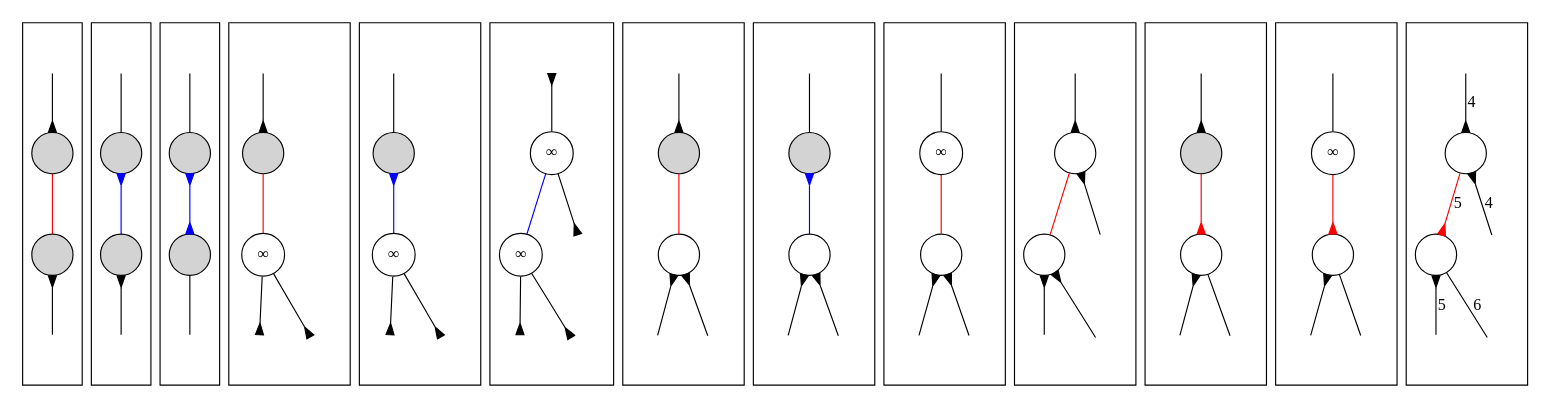
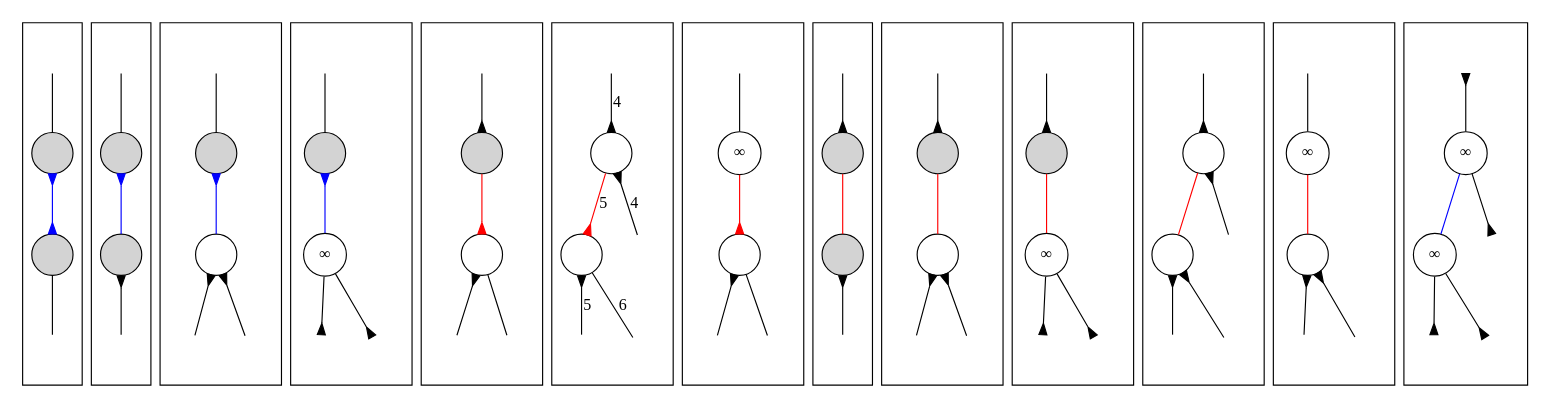
One commit to sgolodetz/thesis changed the diagram in segmentation/graphs/mywaterfall/pass2-simplermergecases.gv. Above: the diagram before and after it, drawn with Graphviz. The commit also changed 2 other files, not shown here.

Commit message:
Added the case analysis diagram for the edge elision step of my waterfall algorithm.

```diff
--- a/segmentation/graphs/mywaterfall/pass2-simplermergecases.gv
+++ b/segmentation/graphs/mywaterfall/pass2-simplermergecases.gv
@@ -1,177 +1,177 @@
 digraph
 {
 	compound = true;
 	node [shape=circle, style=filled, label=""];
 	edge [dir=both, arrowtail=none, arrowhead=none];
 
-	subgraph cluster0 /* {Out, Out} */
+	subgraph cluster2 /* {In, In} */
 	{
-		n0g -> n0p [arrowhead=inv];
-		n0p -> n0n [color=red];
-		n0n -> n0c [arrowtail=inv];
+		n2g -> n2p;
+		n2p -> n2n [color=blue, arrowtail=inv, arrowhead=inv];
+		n2n -> n2c;
 
-		n0g [style=invisible];
-		n0c [style=invisible];
+		n2g [style=invisible];
+		n2c [style=invisible];
 	}
 
 	subgraph cluster1 /* {In, Out} */
 	{
 		n1g -> n1p;
 		n1p -> n1n [color=blue, arrowtail=inv];
 		n1n -> n1c [arrowtail=inv];
 
 		n1g [style=invisible];
 		n1c [style=invisible];
 	}
 
-	subgraph cluster2 /* {In, In} */
+	subgraph cluster7 /* {In, Ambiguous Out} */
 	{
-		n2g -> n2p;
-		n2p -> n2n [color=blue, arrowtail=inv, arrowhead=inv];
-		n2n -> n2c;
+		n7g -> n7p;
+		n7p -> n7n [color=blue, arrowtail=inv];
+		n7n -> n7c0 [arrowtail=inv];
+		n7n -> n7c1 [arrowtail=inv];
 
-		n2g [style=invisible];
-		n2c [style=invisible];
-	}
-
-	subgraph cluster3 /* {Out, No Flow} */
-	{
-		n3g -> n3p [arrowhead=inv];
-		n3p -> n3n [color=red];
-		n3n -> n3c0 [arrowhead=inv];
-		n3n -> n3c1 [arrowhead=inv];
-
-		n3g [style=invisible];
-		n3n [style=solid, label="&infin;"];
-		n3c0 [style=invisible];
-		n3c1 [style=invisible];
+		n7g [style=invisible];
+		n7n [style=solid];
+		n7c0 [style=invisible];
+		n7c1 [style=invisible];
 	}
 
 	subgraph cluster4 /* {In, No Flow} */
 	{
 		n4g -> n4p;
 		n4p -> n4n [color=blue, arrowtail=inv];
 		n4n -> n4c0 [arrowhead=inv];
 		n4n -> n4c1 [arrowhead=inv];
 
 		n4g [style=invisible];
 		n4n [style=solid, label="&infin;"];
 		n4c0 [style=invisible];
 		n4c1 [style=invisible];
 	}
 
-	subgraph cluster5 /* {No Flow, No Flow} */
+	subgraph cluster10 /* {Ambiguous In, Out} */
 	{
-		n5g -> n5p [arrowtail=inv];
-		n5p -> n5n [color=blue];
-		n5p -> n5s [arrowhead=inv];
-		n5n -> n5c0 [arrowhead=inv];
-		n5n -> n5c1 [arrowhead=inv];
+		n10g -> n10p [arrowhead=inv];
+		n10p -> n10n [color=red, arrowhead=inv];
+		n10n -> n10c0 [arrowtail=inv];
+		n10n -> n10c1;
 
-		n5g [style=invisible];
-		n5p [style=solid, label="&infin;"];
-		n5n [style=solid, label="&infin;"];
-		n5s [style=invisible];
-		n5c0 [style=invisible];
-		n5c1 [style=invisible];
+		n10g [style=invisible];
+		n10n [style=solid];
+		n10c0 [style=invisible];
+		n10c1 [style=invisible];
+	}
+
+	subgraph cluster12 /* {Ambiguous In, Ambiguous Out} */
+	{
+		n12g -> n12p [label=4, arrowhead=inv];
+		n12p -> n12n [label=5, color=red, arrowhead=inv];
+		n12p -> n12s [label=4, arrowtail=inv];
+		n12n -> n12c0 [label=5, arrowtail=inv];
+		n12n -> n12c1 [label=6];
+
+		n12g [style=invisible];
+		n12p [style=solid];
+		n12n [style=solid];
+		n12s [style=invisible];
+		n12c0 [style=invisible];
+		n12c1 [style=invisible];
+	}
+
+	subgraph cluster11 /* {Ambiguous In, No Flow} */
+	{
+		n11g -> n11p;
+		n11p -> n11n [color=red, arrowhead=inv];
+		n11n -> n11c0 [arrowtail=inv];
+		n11n -> n11c1;
+
+		n11g [style=invisible];
+		n11p [style=solid, label="&infin;"];
+		n11n [style=solid];
+		n11c0 [style=invisible];
+		n11c1 [style=invisible];
+	}
+
+	subgraph cluster0 /* {Out, Out} */
+	{
+		n0g -> n0p [arrowhead=inv];
+		n0p -> n0n [color=red];
+		n0n -> n0c [arrowtail=inv];
+
+		n0g [style=invisible];
+		n0c [style=invisible];
 	}
 
 	subgraph cluster6 /* {Out, Ambiguous Out} */
 	{
 		n6g -> n6p [arrowhead=inv];
 		n6p -> n6n [color=red];
 		n6n -> n6c0 [arrowtail=inv];
 		n6n -> n6c1 [arrowtail=inv];
 
 		n6g [style=invisible];
 		n6n [style=solid];
 		n6c0 [style=invisible];
 		n6c1 [style=invisible];
 	}
 
-	subgraph cluster7 /* {In, Ambiguous Out} */
+	subgraph cluster3 /* {Out, No Flow} */
 	{
-		n7g -> n7p;
-		n7p -> n7n [color=blue, arrowtail=inv];
-		n7n -> n7c0 [arrowtail=inv];
-		n7n -> n7c1 [arrowtail=inv];
+		n3g -> n3p [arrowhead=inv];
+		n3p -> n3n [color=red];
+		n3n -> n3c0 [arrowhead=inv];
+		n3n -> n3c1 [arrowhead=inv];
 
-		n7g [style=invisible];
-		n7n [style=solid];
-		n7c0 [style=invisible];
-		n7c1 [style=invisible];
-	}
-
-	subgraph cluster8 /* {No Flow, Ambiguous Out} */
-	{
-		n8g -> n8p;
-		n8p -> n8n [color=red];
-		n8n -> n8c0 [arrowtail=inv];
-		n8n -> n8c1 [arrowtail=inv];
-
-		n8g [style=invisible];
-		n8p [style=solid, label="&infin;"];
-		n8n [style=solid];
-		n8c0 [style=invisible];
-		n8c1 [style=invisible];
+		n3g [style=invisible];
+		n3n [style=solid, label="&infin;"];
+		n3c0 [style=invisible];
+		n3c1 [style=invisible];
 	}
 
 	subgraph cluster9 /* {Ambiguous Out, Ambiguous Out} */
 	{
 		n9g -> n9p [arrowhead=inv];
 		n9p -> n9n [color=red];
 		n9p -> n9s [arrowtail=inv];
 		n9n -> n9c0 [arrowtail=inv];
 		n9n -> n9c1 [arrowtail=inv];
 
 		n9g [style=invisible];
 		n9p [style=solid];
 		n9n [style=solid];
 		n9s [style=invisible];
 		n9c0 [style=invisible];
 		n9c1 [style=invisible];
 	}
 
-	subgraph cluster10 /* {Out, Ambiguous In} */
+	subgraph cluster8 /* {Ambiguous Out, No Flow} */
 	{
-		n10g -> n10p [arrowhead=inv];
-		n10p -> n10n [color=red, arrowhead=inv];
-		n10n -> n10c0 [arrowtail=inv];
-		n10n -> n10c1;
+		n8g -> n8p;
+		n8p -> n8n [color=red];
+		n8n -> n8c0 [arrowtail=inv];
+		n8n -> n8c1 [arrowtail=inv];
 
-		n10g [style=invisible];
-		n10n [style=solid];
-		n10c0 [style=invisible];
-		n10c1 [style=invisible];
+		n8g [style=invisible];
+		n8p [style=solid, label="&infin;"];
+		n8n [style=solid];
+		n8c0 [style=invisible];
+		n8c1 [style=invisible];
 	}
 
-	subgraph cluster11 /* {No Flow, Ambiguous In} */
+	subgraph cluster5 /* {No Flow, No Flow} */
 	{
-		n11g -> n11p;
-		n11p -> n11n [color=red, arrowhead=inv];
-		n11n -> n11c0 [arrowtail=inv];
-		n11n -> n11c1;
+		n5g -> n5p [arrowtail=inv];
+		n5p -> n5n [color=blue];
+		n5p -> n5s [arrowhead=inv];
+		n5n -> n5c0 [arrowhead=inv];
+		n5n -> n5c1 [arrowhead=inv];
 
-		n11g [style=invisible];
-		n11p [style=solid, label="&infin;"];
-		n11n [style=solid];
-		n11c0 [style=invisible];
-		n11c1 [style=invisible];
-	}
-
-	subgraph cluster12 /* {Ambiguous Out, Ambiguous In} */
-	{
-		n12g -> n12p [label=4, arrowhead=inv];
-		n12p -> n12n [label=5, color=red, arrowhead=inv];
-		n12p -> n12s [label=4, arrowtail=inv];
-		n12n -> n12c0 [label=5, arrowtail=inv];
-		n12n -> n12c1 [label=6];
-
-		n12g [style=invisible];
-		n12p [style=solid];
-		n12n [style=solid];
-		n12s [style=invisible];
-		n12c0 [style=invisible];
-		n12c1 [style=invisible];
+		n5g [style=invisible];
+		n5p [style=solid, label="&infin;"];
+		n5n [style=solid, label="&infin;"];
+		n5s [style=invisible];
+		n5c0 [style=invisible];
+		n5c1 [style=invisible];
 	}
 }
```
